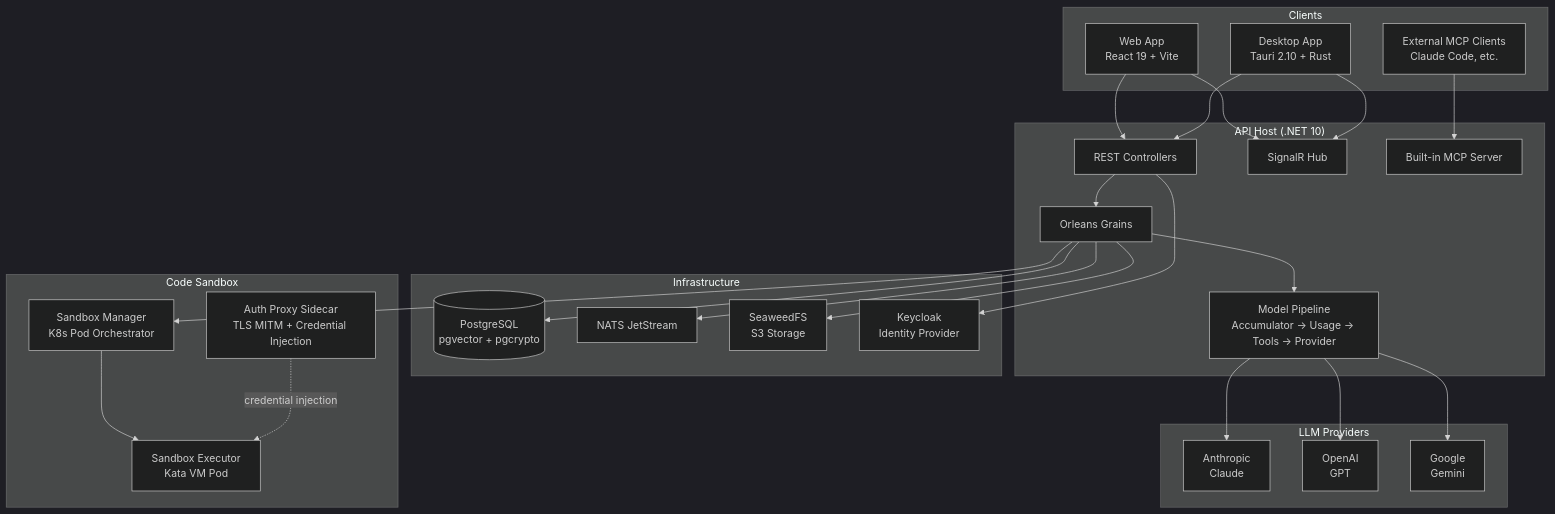
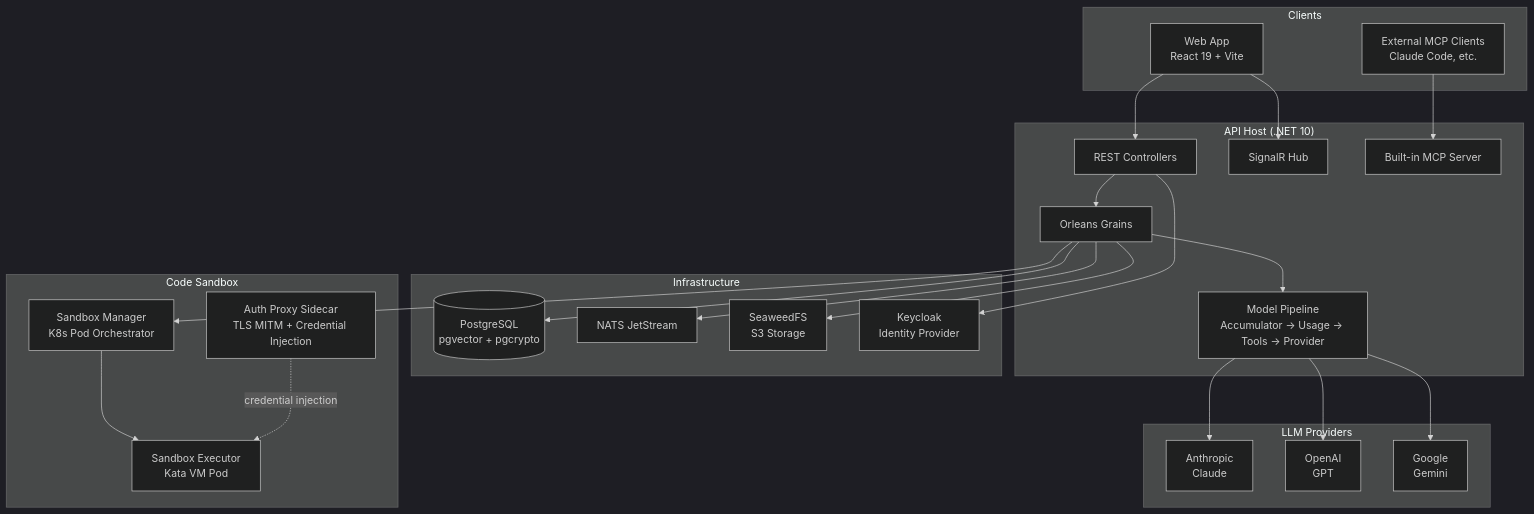
One commit to andyjmorgan/DonkeyWork-Agents changed the first of 2 diagrams in README.md. Above: the diagram before and after it, drawn with Mermaid (dark theme). The commit also changed other lines of this file and 407 other files, not shown here.

````diff
--- a/README.md
+++ b/README.md
@@ -48,45 +46,44 @@
 ```mermaid
 graph TB
     subgraph Clients
         Web[Web App<br/>React 19 + Vite]
-        Desktop[Desktop App<br/>Tauri 2.10 + Rust]
         MCP[External MCP Clients<br/>Claude Code, etc.]
     end
 
     subgraph API["API Host (.NET 10)"]
         Controllers[REST Controllers]
         SignalR[SignalR Hub]
         McpServer[Built-in MCP Server]
         Orleans[Orleans Grains]
         Middleware[Model Pipeline<br/>Accumulator → Usage → Tools → Provider]
     end
 
     subgraph Infrastructure
         Postgres[(PostgreSQL<br/>pgvector + pgcrypto)]
         NATS[NATS JetStream]
         SeaweedFS[SeaweedFS<br/>S3 Storage]
         Keycloak[Keycloak<br/>Identity Provider]
     end
 
     subgraph Sandbox["Code Sandbox"]
         Manager[Sandbox Manager<br/>K8s Pod Orchestrator]
         Executor[Sandbox Executor<br/>Kata VM Pod]
         AuthProxy[Auth Proxy Sidecar<br/>TLS MITM + Credential Injection]
     end
 
     subgraph Providers["LLM Providers"]
         Anthropic[Anthropic<br/>Claude]
         OpenAI[OpenAI<br/>GPT]
         Google[Google<br/>Gemini]
     end
 
-    Web & Desktop --> Controllers & SignalR
+    Web --> Controllers & SignalR
     MCP --> McpServer
     Controllers --> Orleans
     Orleans --> Middleware --> Anthropic & OpenAI & Google
     Orleans --> Postgres & NATS & SeaweedFS
     Orleans --> Manager
     Manager --> Executor
     AuthProxy -. credential injection .-> Executor
     Controllers --> Keycloak
 ```
````
